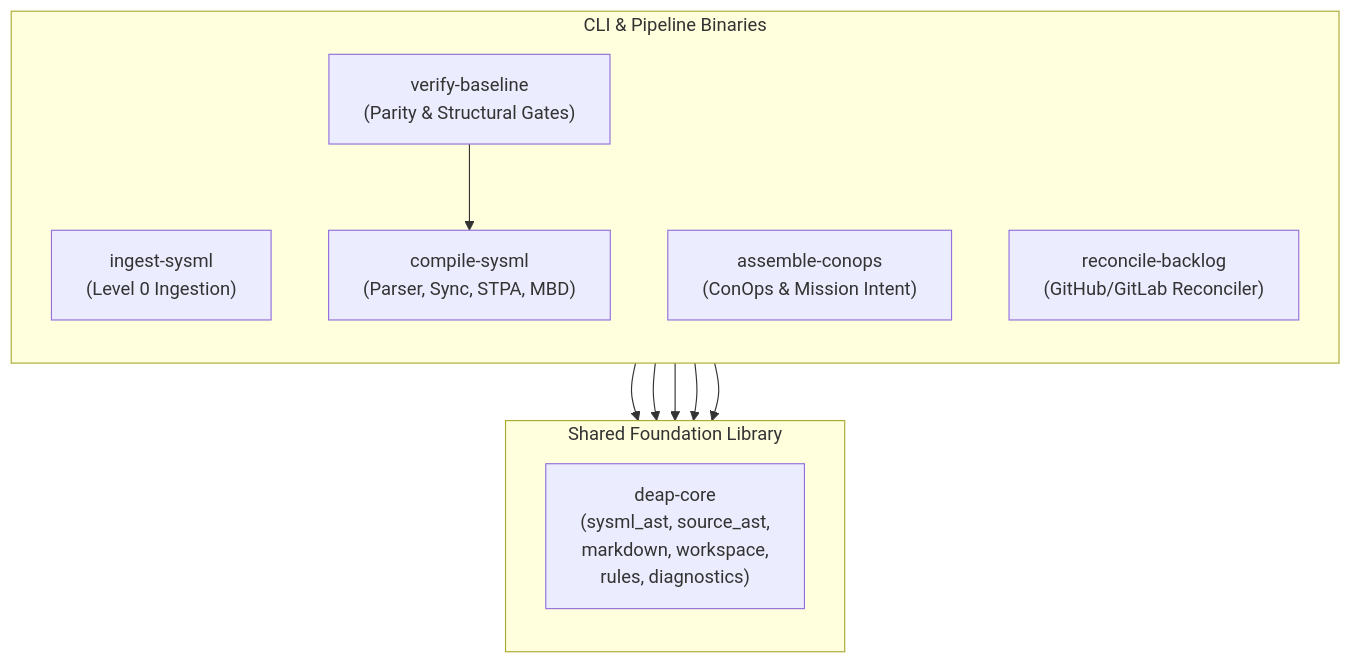
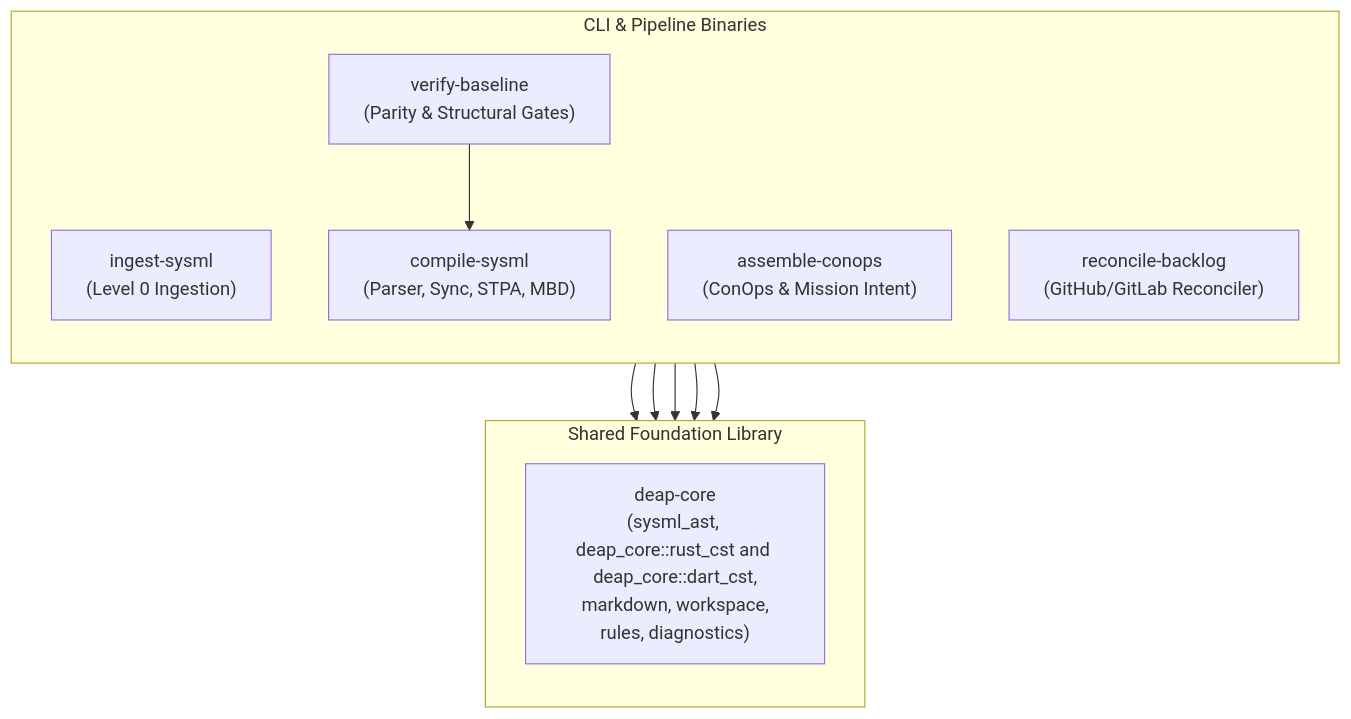
The second of 8 diagrams in docs/architecture/blueprints/DEAP_SYSML_V2_INGESTION_ENGINE_BLUEPRINT.md (gintatkinson/DEAP01-spec-core), drawn with Mermaid before and after one commit. The commit also changed other lines of this file and 13 other files, not shown here.

Commit message:
docs(architecture,standards): unify coding standards and architecture blueprints onto official compiler crates

````diff
--- a/docs/architecture/blueprints/DEAP_SYSML_V2_INGESTION_ENGINE_BLUEPRINT.md
+++ b/docs/architecture/blueprints/DEAP_SYSML_V2_INGESTION_ENGINE_BLUEPRINT.md
@@ -138,23 +138,23 @@
 ```mermaid
 flowchart TD
     subgraph BinCrates ["CLI & Pipeline Binaries"]
         direction TB
         INGEST["ingest-sysml<br/>(Level 0 Ingestion)"]
         COMPILE["compile-sysml<br/>(Parser, Sync, STPA, MBD)"]
         VERIFY["verify-baseline<br/>(Parity & Structural Gates)"]
         CONOPS["assemble-conops<br/>(ConOps & Mission Intent)"]
         RECONCILE["reconcile-backlog<br/>(GitHub/GitLab Reconciler)"]
     end
 
     subgraph CoreCrate ["Shared Foundation Library"]
         direction TB
-        CORE["deap-core<br/>(sysml_ast, source_ast,<br/>markdown, workspace,<br/>rules, diagnostics)"]
+        CORE["deap-core<br/>(sysml_ast, deap_core::rust_cst and deap_core::dart_cst,<br/>markdown, workspace,<br/>rules, diagnostics)"]
     end
 
     INGEST --> CORE
     COMPILE --> CORE
     VERIFY --> CORE
     VERIFY --> COMPILE
     CONOPS --> CORE
     RECONCILE --> CORE
 ```
````
